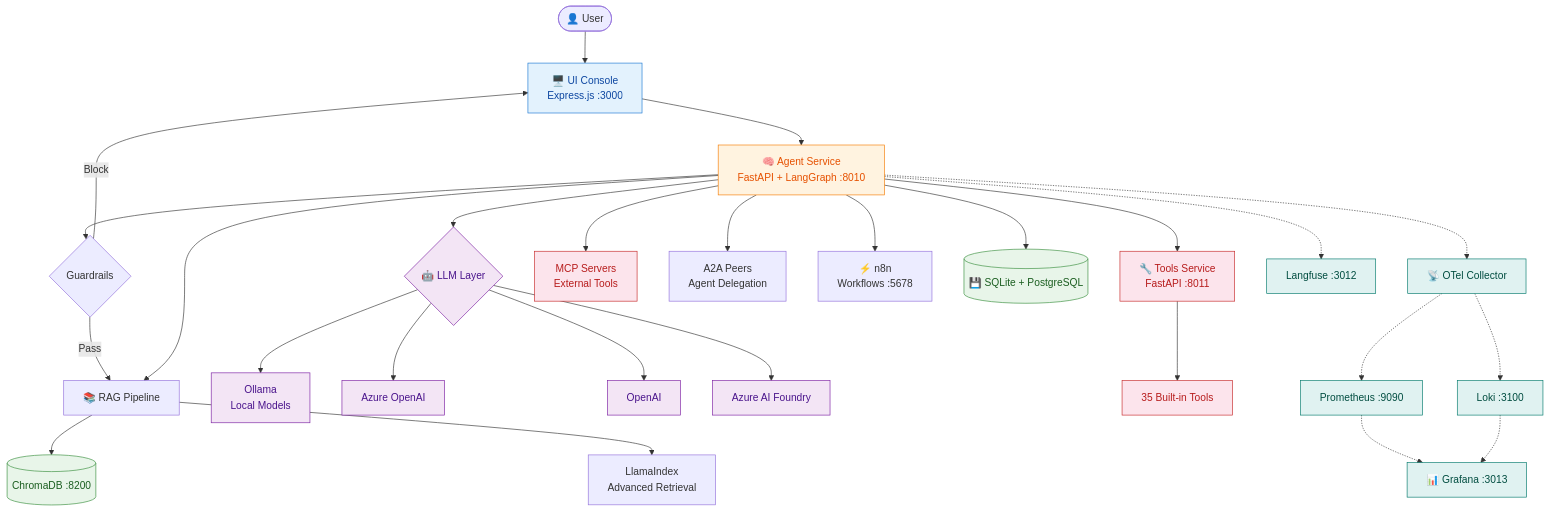
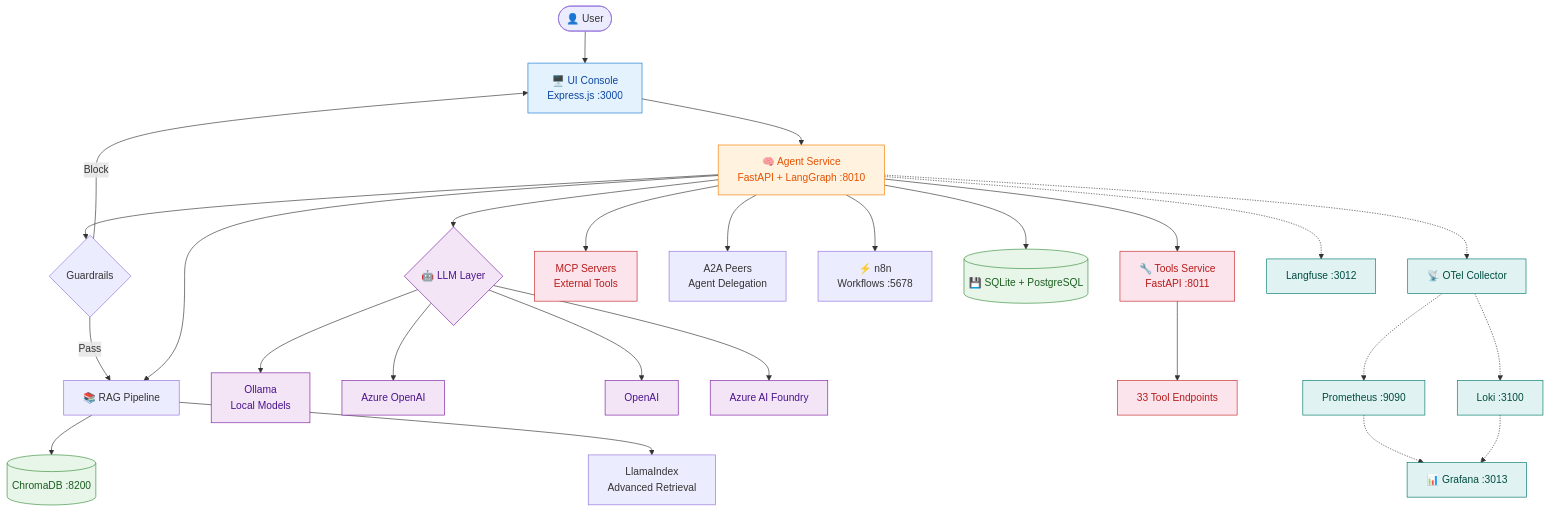
Before and after one commit to rachit0412/agentic-platform: the diagram in docs/architecture-diagram.md, drawn with Mermaid. The commit also changed other lines of this file and 24 other files, not shown here.

````diff
--- a/docs/architecture-diagram.md
+++ b/docs/architecture-diagram.md
@@ -3,49 +3,49 @@
 ```mermaid
 flowchart TD
     User([👤 User]) --> UI[🖥️ UI Console<br/>Express.js :3000]
     UI --> Agent[🧠 Agent Service<br/>FastAPI + LangGraph :8010]
 
     Agent --> Guards{Guardrails}
     Guards -->|Pass| RAG
     Guards -->|Block| UI
 
     Agent --> RAG[📚 RAG Pipeline]
     RAG --> Chroma[(ChromaDB :8200)]
     RAG --> LlamaIdx[LlamaIndex<br/>Advanced Retrieval]
 
     Agent --> LLM{🤖 LLM Layer}
     LLM --> Ollama[Ollama<br/>Local Models]
     LLM --> AzureOAI[Azure OpenAI]
     LLM --> OpenAI[OpenAI]
     LLM --> Foundry[Azure AI Foundry]
 
     Agent --> Tools[🔧 Tools Service<br/>FastAPI :8011]
-    Tools --> BuiltIn[35 Built-in Tools]
+    Tools --> BuiltIn[33 Tool Endpoints]
 
     Agent --> MCP[MCP Servers<br/>External Tools]
     Agent --> A2A[A2A Peers<br/>Agent Delegation]
     Agent --> N8N[⚡ n8n<br/>Workflows :5678]
 
     Agent --> Data[(💾 SQLite + PostgreSQL)]
 
     Agent -.-> OTel[📡 OTel Collector]
     Agent -.-> Langfuse[Langfuse :3012]
     OTel -.-> Prom[Prometheus :9090]
     OTel -.-> Loki[Loki :3100]
     Prom -.-> Grafana[📊 Grafana :3013]
     Loki -.-> Grafana
 
     classDef frontend fill:#e3f2fd,stroke:#1976d2,color:#0d47a1
     classDef agent fill:#fff3e0,stroke:#f57c00,color:#e65100
     classDef llm fill:#f3e5f5,stroke:#7b1fa2,color:#4a148c
     classDef data fill:#e8f5e9,stroke:#388e3c,color:#1b5e20
     classDef obs fill:#e0f2f1,stroke:#00796b,color:#004d40
     classDef tools fill:#fce4ec,stroke:#c62828,color:#b71c1c
 
     class UI frontend
     class Agent agent
     class LLM,Ollama,AzureOAI,OpenAI,Foundry llm
     class Data,Chroma data
     class OTel,Langfuse,Prom,Loki,Grafana obs
     class Tools,BuiltIn,MCP tools
 ```
````
